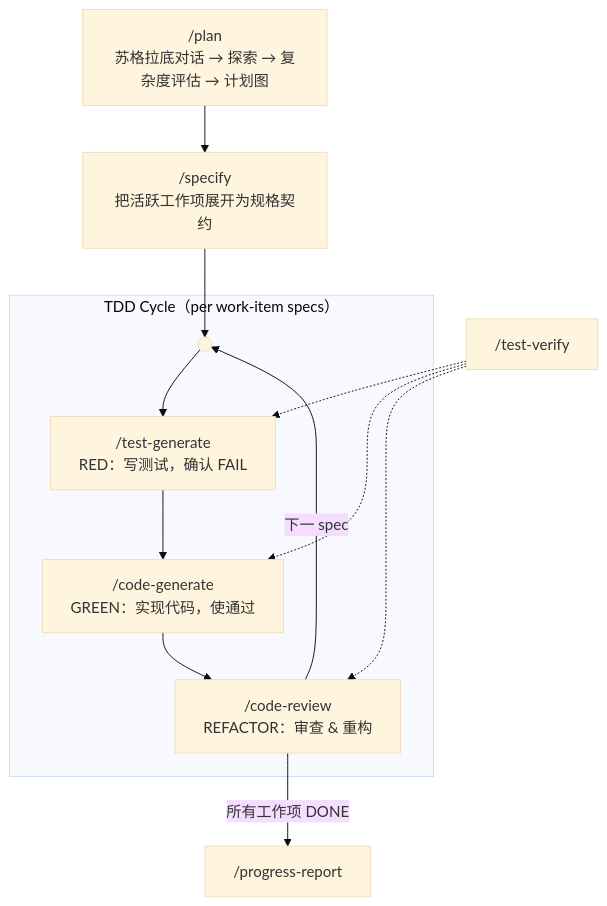
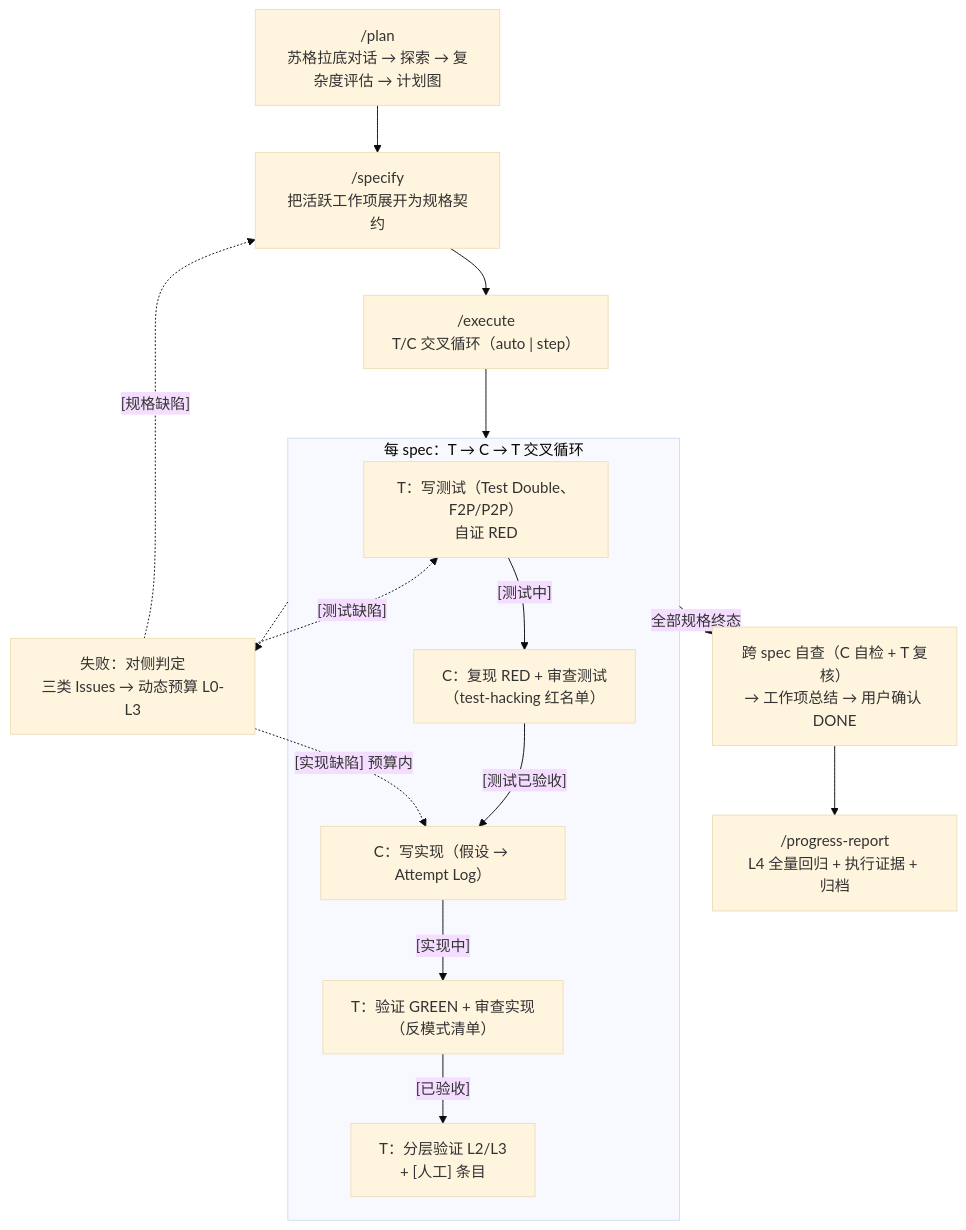
Before and after one commit to theLittleStone/SpecForge: the diagram in README-zh.md, drawn with Mermaid (base theme). The commit also changed other lines of this file and 11 other files, not shown here.

````diff
--- a/README-zh.md
+++ b/README-zh.md
@@ -38,21 +36,26 @@
 ```mermaid
 flowchart TD
     PLAN["/plan<br/>苏格拉底对话 → 探索 → 复杂度评估 → 计划图"]
     PLAN --> SPEC["/specify<br/>把活跃工作项展开为规格契约"]
 
-    SPEC --> ENTRY(( ))
+    SPEC --> EXEC["/execute<br/>T/C 交叉循环（auto | step）"]
 
-    subgraph TDD["TDD Cycle（per work-item specs）"]
-        ENTRY --> RED["/test-generate<br/>RED：写测试，确认 FAIL"]
-        RED --> GREEN["/code-generate<br/>GREEN：实现代码，使通过"]
-        GREEN --> REFACTOR["/code-review<br/>REFACTOR：审查 & 重构"]
-        REFACTOR -->|下一 spec| ENTRY
+    subgraph LOOP["每 spec：T → C → T 交叉循环"]
+        T1["T：写测试（Test Double、F2P/P2P）<br/>自证 RED"]
+        T1 -->|"[测试中]"| C1["C：复现 RED + 审查测试<br/>（test-hacking 红名单）"]
+        C1 -->|"[测试已验收]"| C2["C：写实现（假设 → Attempt Log）"]
+        C2 -->|"[实现中]"| T2["T：验证 GREEN + 审查实现<br/>（反模式清单）"]
+        T2 -->|"[已验收]"| L["T：分层验证 L2/L3<br/>+ [人工] 条目"]
     end
 
-    TEST["/test-verify"]
-    TEST -.-> RED
-    TEST -.-> GREEN
-    TEST -.-> REFACTOR
+    EXEC --> LOOP
+    LOOP -->|"全部规格终态"| DONE["跨 spec 自查（C 自检 + T 复核）<br/>→ 工作项总结 → 用户确认 DONE"]
 
-    REFACTOR -->|所有工作项 DONE| REPORT["/progress-report"]
+    DONE --> REPORT["/progress-report<br/>L4 全量回归 + 执行证据 + 归档"]
+
+    FAIL["失败：对侧判定<br/>三类 Issues → 动态预算 L0-L3"]
+    LOOP -.-> FAIL
+    FAIL -.->|"[实现缺陷] 预算内"| C2
+    FAIL -.->|"[测试缺陷]"| T1
+    FAIL -.->|"[规格缺陷]"| SPEC
 ```
````
